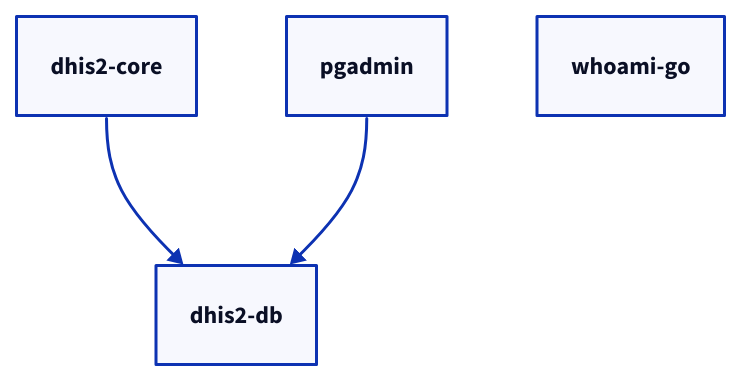
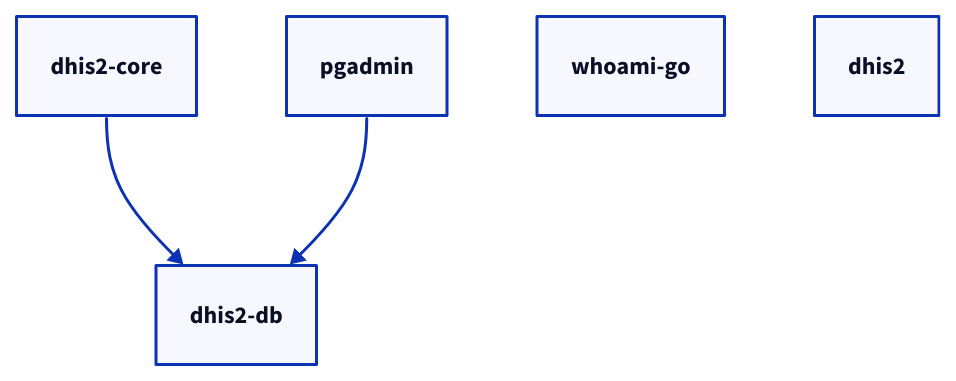
Before and after one commit to teleivo/dhis2-im-stacks-2.0: the diagram in draft/stacks.d2, drawn with D2. The commit also changed 4 other files, not shown here.

```diff
--- a/draft/stacks.d2
+++ b/draft/stacks.d2
@@ -1,5 +1,6 @@
 dhis2-core -> dhis2-db
 pgadmin -> dhis2-db
+whoami-go
 dhis2-core
 pgadmin
-whoami-go
+dhis2
```
